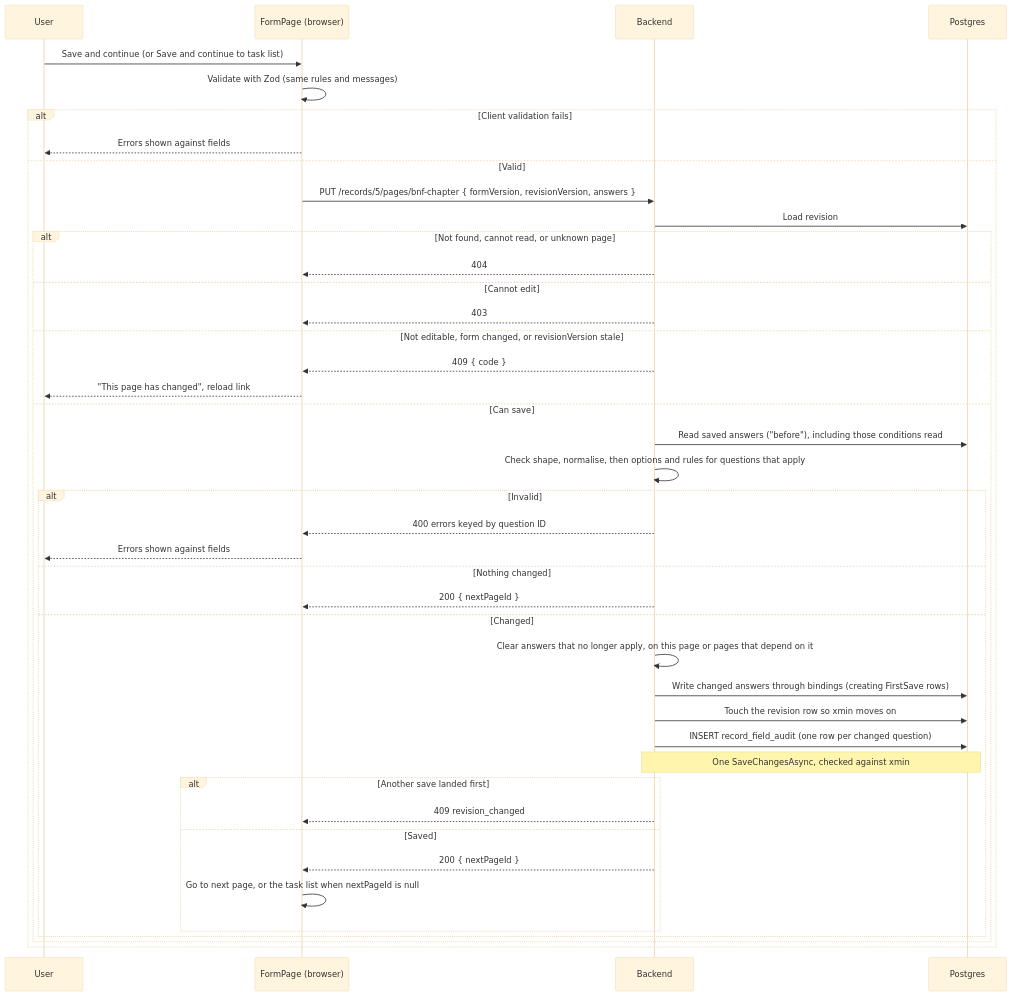
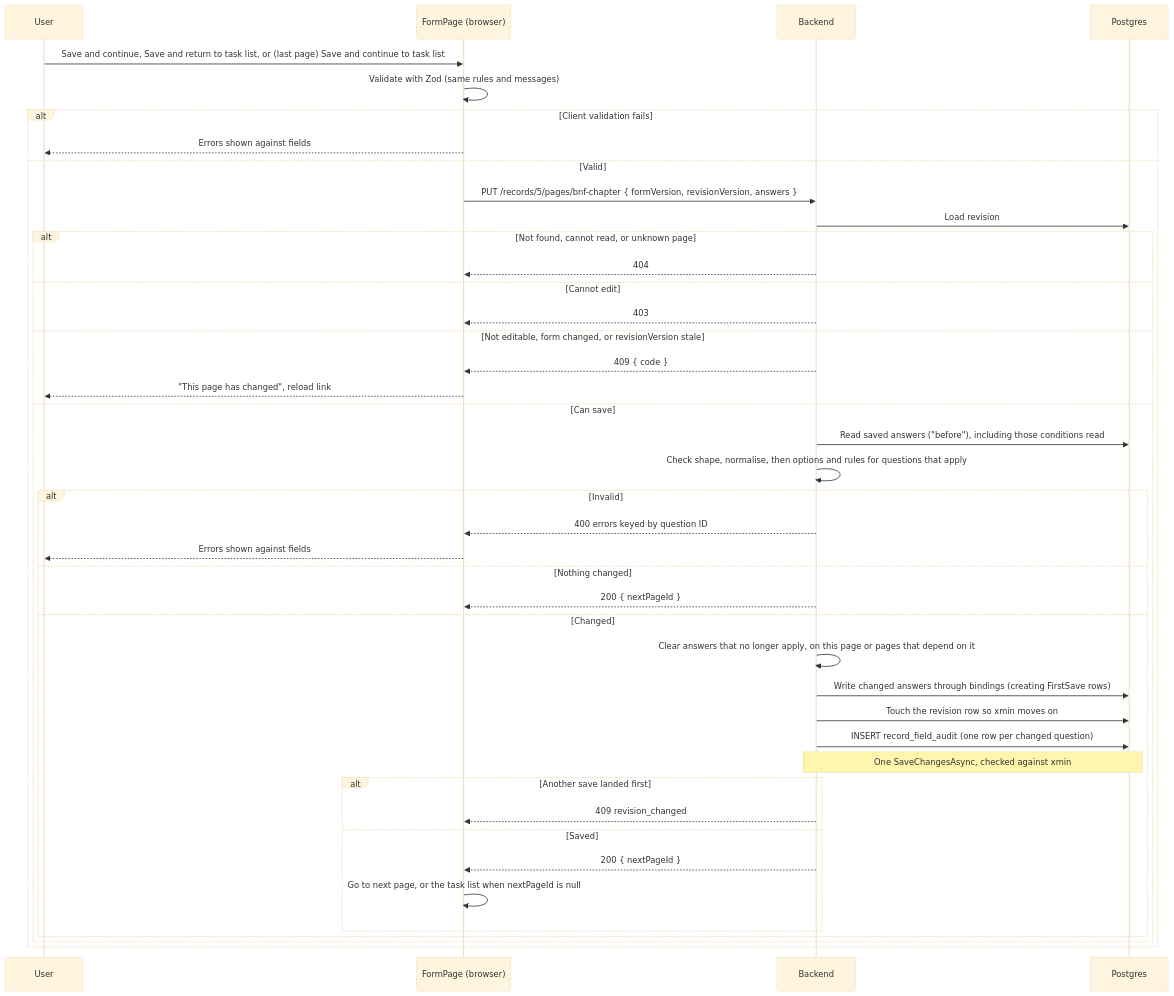
The sixth of 6 diagrams in documentation/form-generation/high-level-design.md (ditnice/aws-UKPS), drawn with Mermaid (base theme) before and after one commit. The commit also changed 2 other files, not shown here.

Commit message:
Change secondary form button label to "Save and return to task list"

````diff
--- a/documentation/form-generation/high-level-design.md
+++ b/documentation/form-generation/high-level-design.md
@@ -607,44 +607,44 @@
 ```mermaid
 sequenceDiagram
     participant U as User
     participant F as FormPage (browser)
     participant B as Backend
     participant P as Postgres
-    U->>F: Save and continue (or Save and continue to task list)
+    U->>F: Save and continue, Save and return to task list, or (last page) Save and continue to task list
     F->>F: Validate with Zod (same rules and messages)
     alt Client validation fails
         F-->>U: Errors shown against fields
     else Valid
         F->>B: PUT /records/5/pages/bnf-chapter { formVersion, revisionVersion, answers }
         B->>P: Load revision
         alt Not found, cannot read, or unknown page
             B-->>F: 404
         else Cannot edit
             B-->>F: 403
         else Not editable, form changed, or revisionVersion stale
             B-->>F: 409 { code }
             F-->>U: "This page has changed", reload link
         else Can save
             B->>P: Read saved answers ("before"), including those conditions read
             B->>B: Check shape, normalise, then options and rules for questions that apply
             alt Invalid
                 B-->>F: 400 errors keyed by question ID
                 F-->>U: Errors shown against fields
             else Nothing changed
                 B-->>F: 200 { nextPageId }
             else Changed
                 B->>B: Clear answers that no longer apply, on this page or pages that depend on it
                 B->>P: Write changed answers through bindings (creating FirstSave rows)
                 B->>P: Touch the revision row so xmin moves on
                 B->>P: INSERT record_field_audit (one row per changed question)
                 Note over B,P: One SaveChangesAsync, checked against xmin
                 alt Another save landed first
                     B-->>F: 409 revision_changed
                 else Saved
                     B-->>F: 200 { nextPageId }
                     F->>F: Go to next page, or the task list when nextPageId is null
                 end
             end
         end
     end
 ```
````
